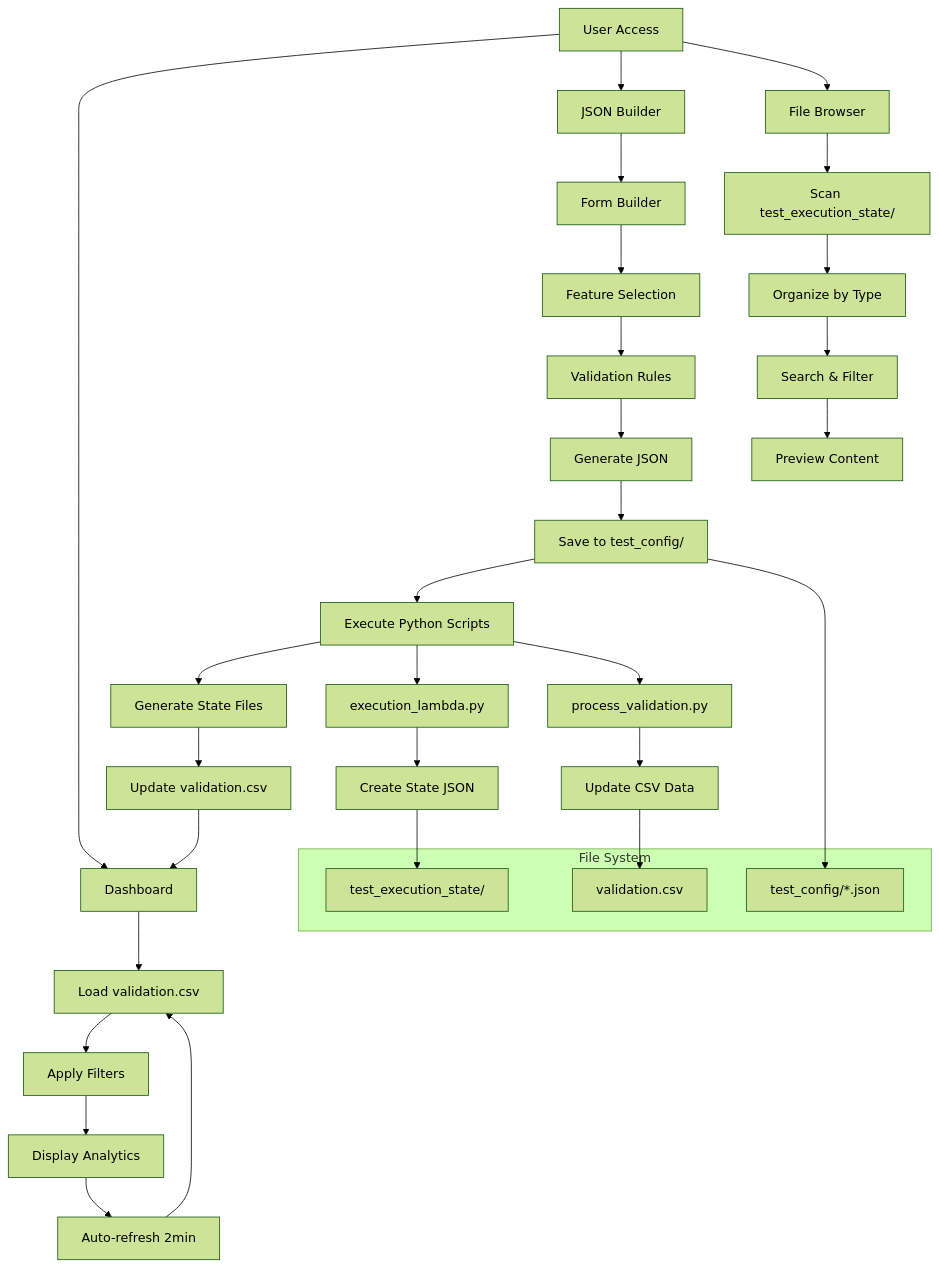
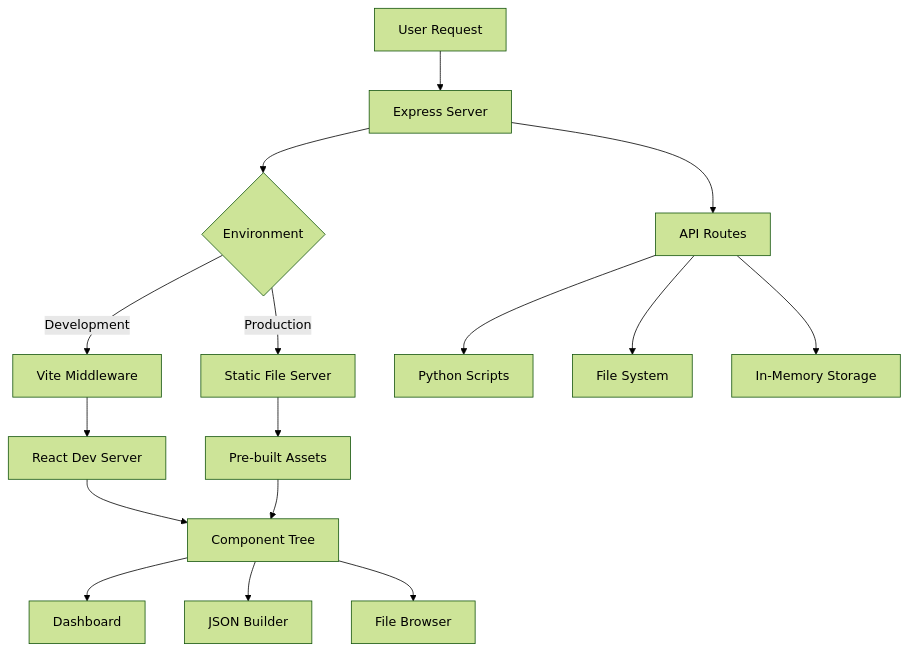
One commit to PharateSwapnil/jsonformbuilder changed the first of 2 diagrams in CONFIG.md. Above: the diagram before and after it, drawn with Mermaid (forest theme). The commit also changed other lines of this file and 4 other files, not shown here.

````diff
--- a/CONFIG.md
+++ b/CONFIG.md
@@ -171,42 +199,23 @@
 ```mermaid
 graph TD
-    A[User Access] --> B[Dashboard]
-    A --> C[JSON Builder]
-    A --> D[File Browser]
+    A[User Request] --> B[Express Server]
+    B --> C{Environment}
     
-    B --> E[Load validation.csv]
-    E --> F[Apply Filters]
-    F --> G[Display Analytics]
-    G --> H[Auto-refresh 2min]
-    H --> E
+    C -->|Development| D[Vite Middleware]
+    C -->|Production| E[Static File Server]
     
-    C --> I[Form Builder]
-    I --> J[Feature Selection]
-    J --> K[Validation Rules]
-    K --> L[Generate JSON]
-    L --> M[Save to test_config/]
-    M --> N[Execute Python Scripts]
-    N --> O[Generate State Files]
-    O --> P[Update validation.csv]
-    P --> B
+    D --> F[React Dev Server]
+    E --> G[Pre-built Assets]
     
-    D --> Q[Scan test_execution_state/]
-    Q --> R[Organize by Type]
-    R --> S[Search & Filter]
-    S --> T[Preview Content]
+    F --> H[Component Tree]
+    G --> H
     
-    N --> U[execution_lambda.py]
-    N --> V[process_validation.py]
-    U --> W[Create State JSON]
-    V --> X[Update CSV Data]
+    H --> I[Dashboard]
+    H --> J[JSON Builder]
+    H --> K[File Browser]
     
-    subgraph "File System"
-        Y[test_config/*.json]
-        Z[test_execution_state/]
-        AA[validation.csv]
-    end
-    
-    M --> Y
-    W --> Z
-    X --> AA
+    B --> L[API Routes]
+    L --> M[Python Scripts]
+    L --> N[File System]
+    L --> O[In-Memory Storage]
 ```
````
